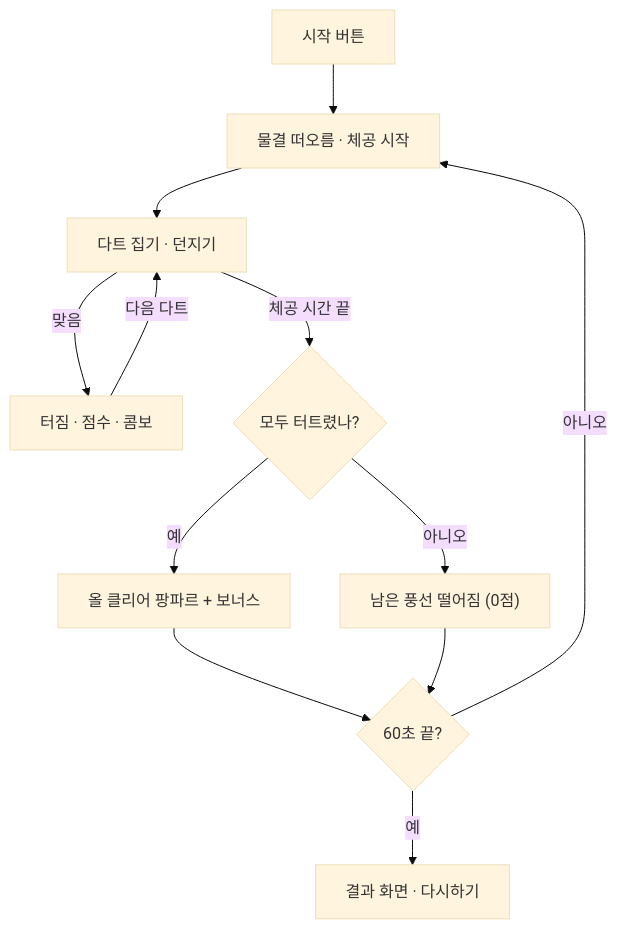
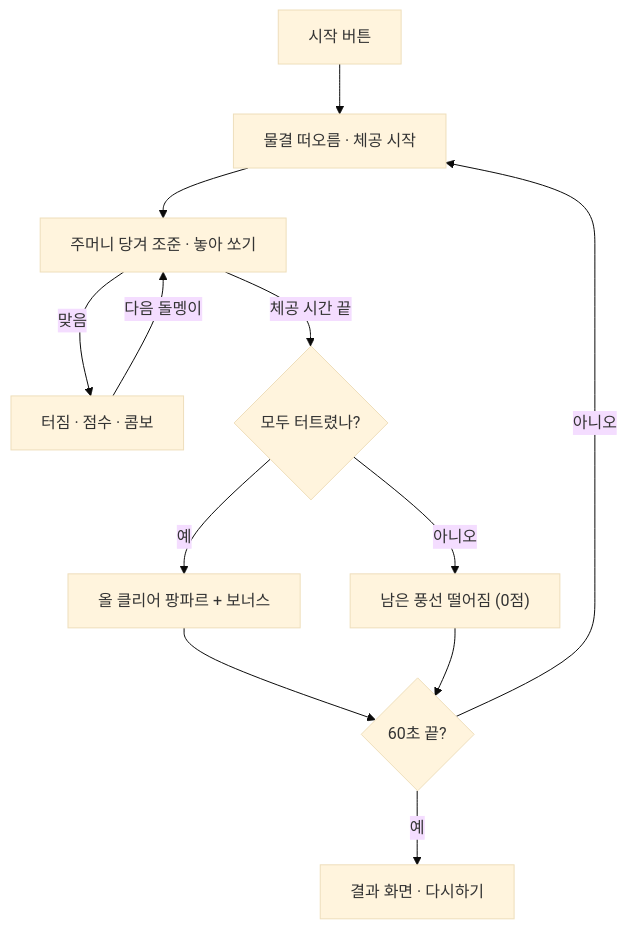
One commit to KooHoo-Dev/3rd-xr-project-krr6606 changed the diagram in docs/planning/concept.md. Above: the diagram before and after it, drawn with Mermaid (base theme). The commit also changed other lines of this file and 3 other files, not shown here.

````diff
--- a/docs/planning/concept.md
+++ b/docs/planning/concept.md
@@ -70,14 +87,14 @@
 ```mermaid
 flowchart TD
     A[시작 버튼] --> B[물결 떠오름 · 체공 시작]
-    B --> C[다트 집기 · 던지기]
+    B --> C[주머니 당겨 조준 · 놓아 쏘기]
     C -- 맞음 --> D[터짐 · 점수 · 콤보]
-    D -- 다음 다트 --> C
+    D -- 다음 돌멩이 --> C
     C -- 체공 시간 끝 --> E{모두 터트렸나?}
     E -- 예 --> F[올 클리어 팡파르 + 보너스]
     E -- 아니오 --> G["남은 풍선 떨어짐 (0점)"]
     F --> H{60초 끝?}
     G --> H
     H -- 아니오 --> B
     H -- 예 --> I[결과 화면 · 다시하기]
 ```
````
